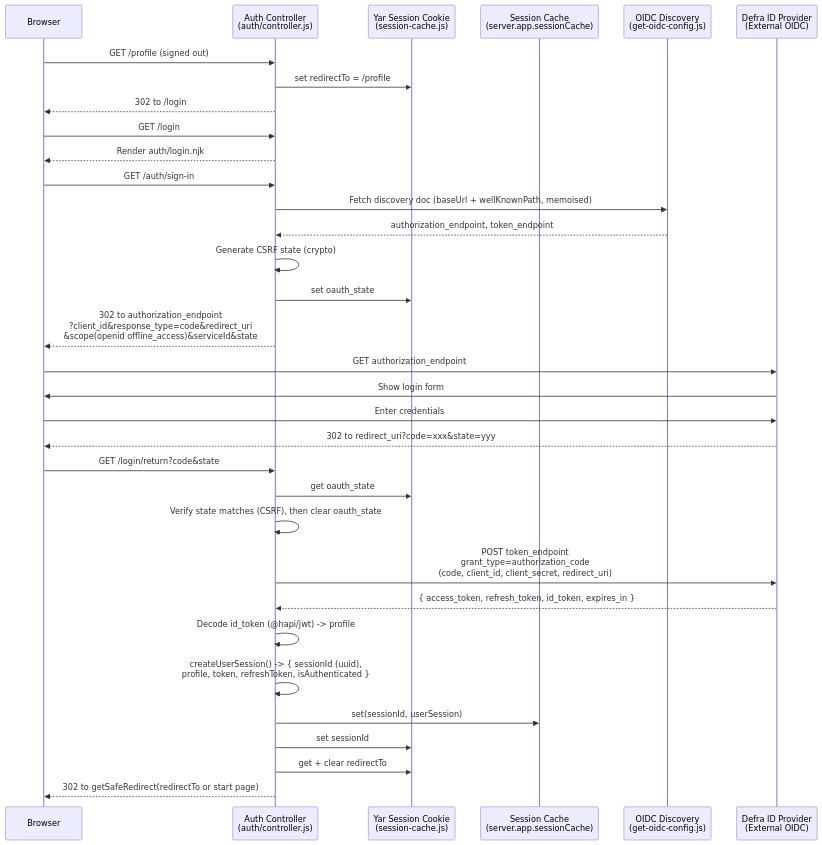
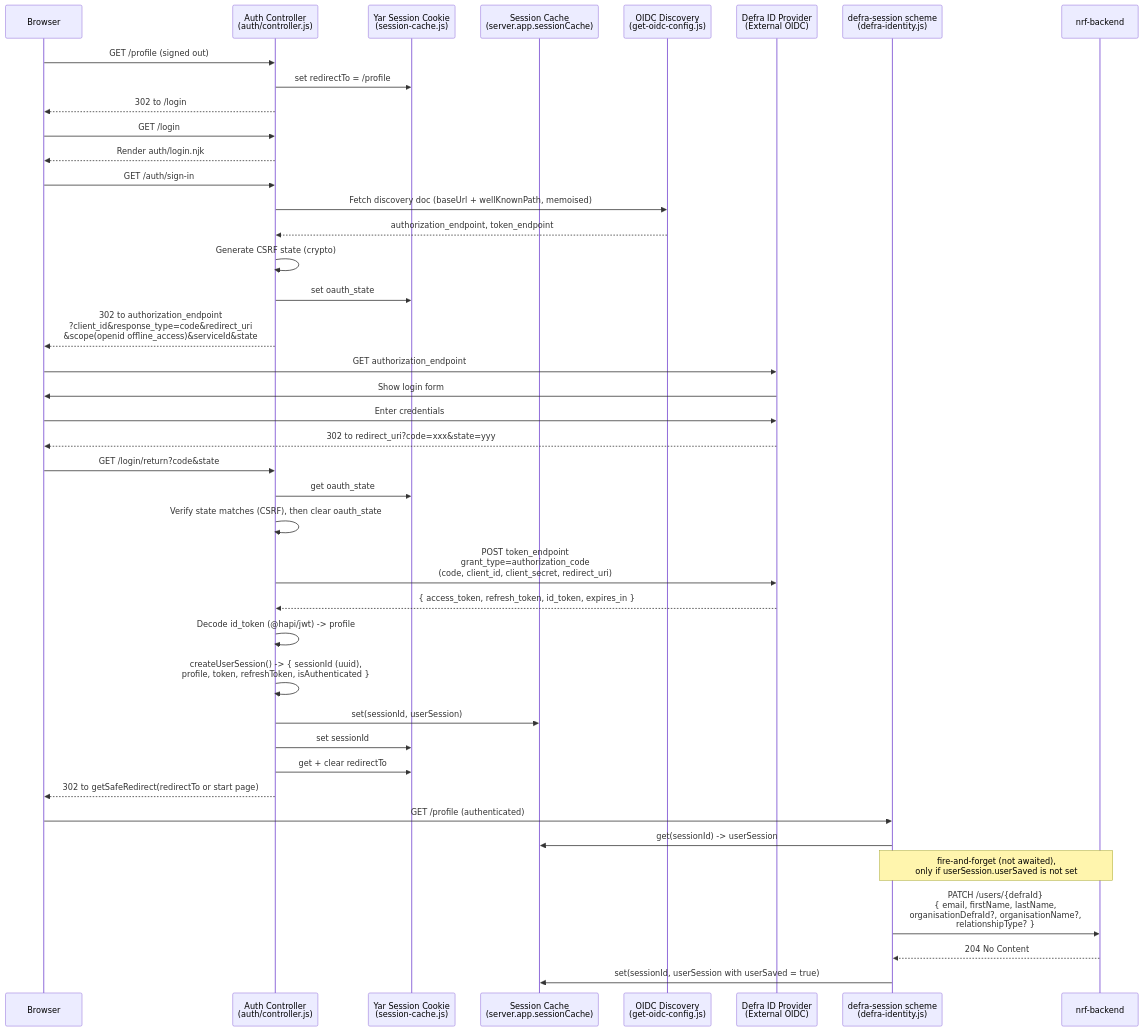
The diagram in docs/features/authentication/defra-id/sign-in-flow.mermaid (DEFRA/nrf-solution), drawn with Mermaid before and after one commit. The commit also changed 1 other file, not shown here.

Commit message:
Update DB docs to reflect saving user (#48)

```diff
--- a/docs/features/authentication/defra-id/sign-in-flow.mermaid
+++ b/docs/features/authentication/defra-id/sign-in-flow.mermaid
@@ -1,43 +1,53 @@
 sequenceDiagram
     participant Browser
     participant Ctrl as Auth Controller<br/>(auth/controller.js)
     participant Yar as Yar Session Cookie<br/>(session-cache.js)
     participant Cache as Session Cache<br/>(server.app.sessionCache)
     participant OIDC as OIDC Discovery<br/>(get-oidc-config.js)
     participant DefraID as Defra ID Provider<br/>(External OIDC)
+    participant Strategy as defra-session scheme<br/>(defra-identity.js)
+    participant Backend as nrf-backend
 
     %% Signed-out GET for a protected route (redirect-to-sign-in.js onPreHandler)
     Browser->>Ctrl: GET /profile (signed out)
     Ctrl->>Yar: set redirectTo = /profile
     Ctrl-->>Browser: 302 to /login
 
     %% Login page
     Browser->>Ctrl: GET /login
     Ctrl-->>Browser: Render auth/login.njk
 
     %% Start OAuth (hand-rolled authorize redirect)
     Browser->>Ctrl: GET /auth/sign-in
     Ctrl->>OIDC: Fetch discovery doc (baseUrl + wellKnownPath, memoised)
     OIDC-->>Ctrl: authorization_endpoint, token_endpoint
     Ctrl->>Ctrl: Generate CSRF state (crypto)
     Ctrl->>Yar: set oauth_state
     Ctrl-->>Browser: 302 to authorization_endpoint<br/>?client_id&response_type=code&redirect_uri<br/>&scope(openid offline_access)&serviceId&state
     Browser->>DefraID: GET authorization_endpoint
 
     %% External authentication
     DefraID->>Browser: Show login form
     Browser->>DefraID: Enter credentials
     DefraID-->>Browser: 302 to redirect_uri?code=xxx&state=yyy
 
     %% Callback
     Browser->>Ctrl: GET /login/return?code&state
     Ctrl->>Yar: get oauth_state
     Ctrl->>Ctrl: Verify state matches (CSRF), then clear oauth_state
     Ctrl->>DefraID: POST token_endpoint<br/>grant_type=authorization_code<br/>(code, client_id, client_secret, redirect_uri)
     DefraID-->>Ctrl: { access_token, refresh_token, id_token, expires_in }
     Ctrl->>Ctrl: Decode id_token (@hapi/jwt) -> profile
     Ctrl->>Ctrl: createUserSession() -> { sessionId (uuid),<br/>profile, token, refreshToken, isAuthenticated }
     Ctrl->>Cache: set(sessionId, userSession)
     Ctrl->>Yar: set sessionId
     Ctrl->>Yar: get + clear redirectTo
     Ctrl-->>Browser: 302 to getSafeRedirect(redirectTo or start page)
+
+    %% First authenticated request after sign-in (defra-identity.js authenticate)
+    Browser->>Strategy: GET /profile (authenticated)
+    Strategy->>Cache: get(sessionId) -> userSession
+    Note over Strategy,Backend: fire-and-forget (not awaited),<br/>only if userSession.userSaved is not set
+    Strategy->>Backend: PATCH /users/{defraId}<br/>{ email, firstName, lastName,<br/>organisationDefraId?, organisationName?,<br/>relationshipType? }
+    Backend-->>Strategy: 204 No Content
+    Strategy->>Cache: set(sessionId, userSession with userSaved = true)
```
